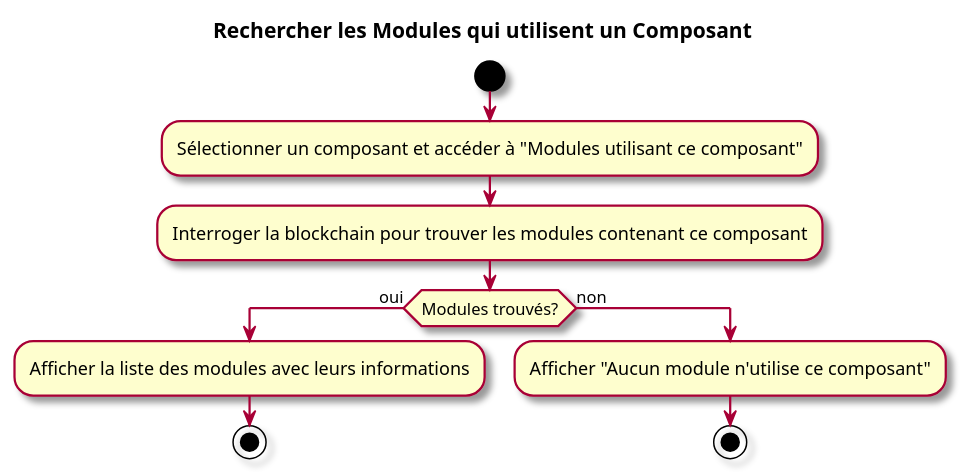
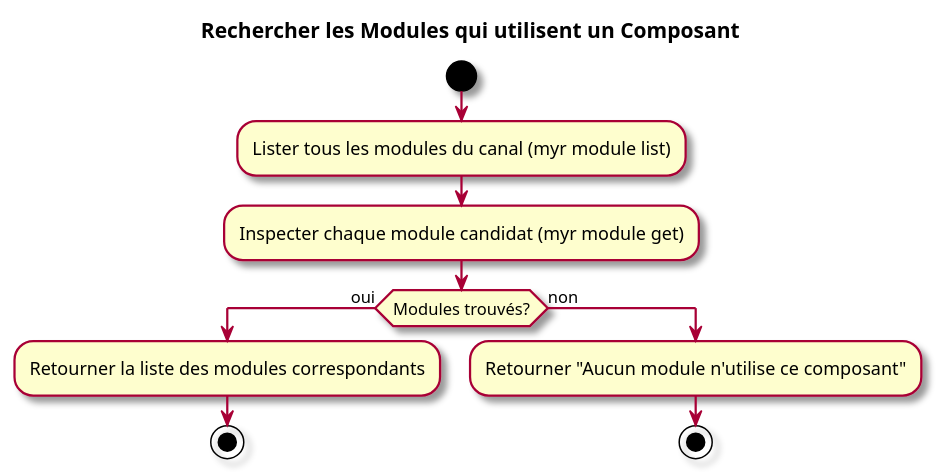
The second of 2 diagrams in specs/1-Expression/UCREC-Recherche/UCREC04.md (olivaux/myr), drawn with PlantUML before and after one commit. The commit also changed other lines of this file and 65 other files, not shown here.

````diff
--- a/specs/1-Expression/UCREC-Recherche/UCREC04.md
+++ b/specs/1-Expression/UCREC-Recherche/UCREC04.md
@@ -58,16 +60,16 @@
 ```plantuml
 @startuml
 skin rose
 title Rechercher les Modules qui utilisent un Composant
 start
-:Sélectionner un composant et accéder à "Modules utilisant ce composant";
-:Interroger la blockchain pour trouver les modules contenant ce composant;
+:Lister tous les modules du canal (myr module list);
+:Inspecter chaque module candidat (myr module get);
 if (Modules trouvés?) then (oui)
-  :Afficher la liste des modules avec leurs informations;
+  :Retourner la liste des modules correspondants;
   stop
 else (non)
-  :Afficher "Aucun module n'utilise ce composant";
+  :Retourner "Aucun module n'utilise ce composant";
   stop
 endif
 @enduml
 ```
````
